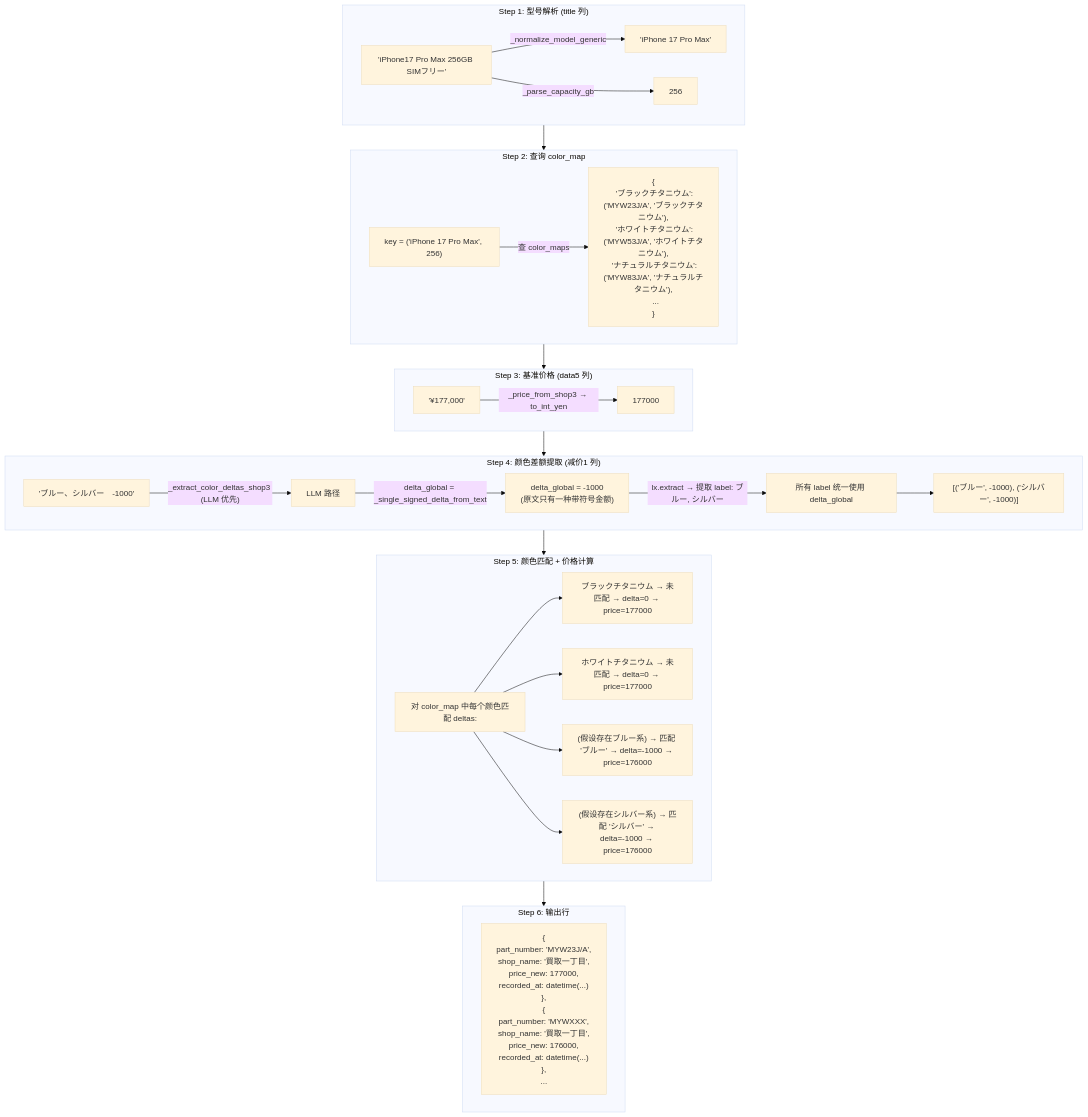
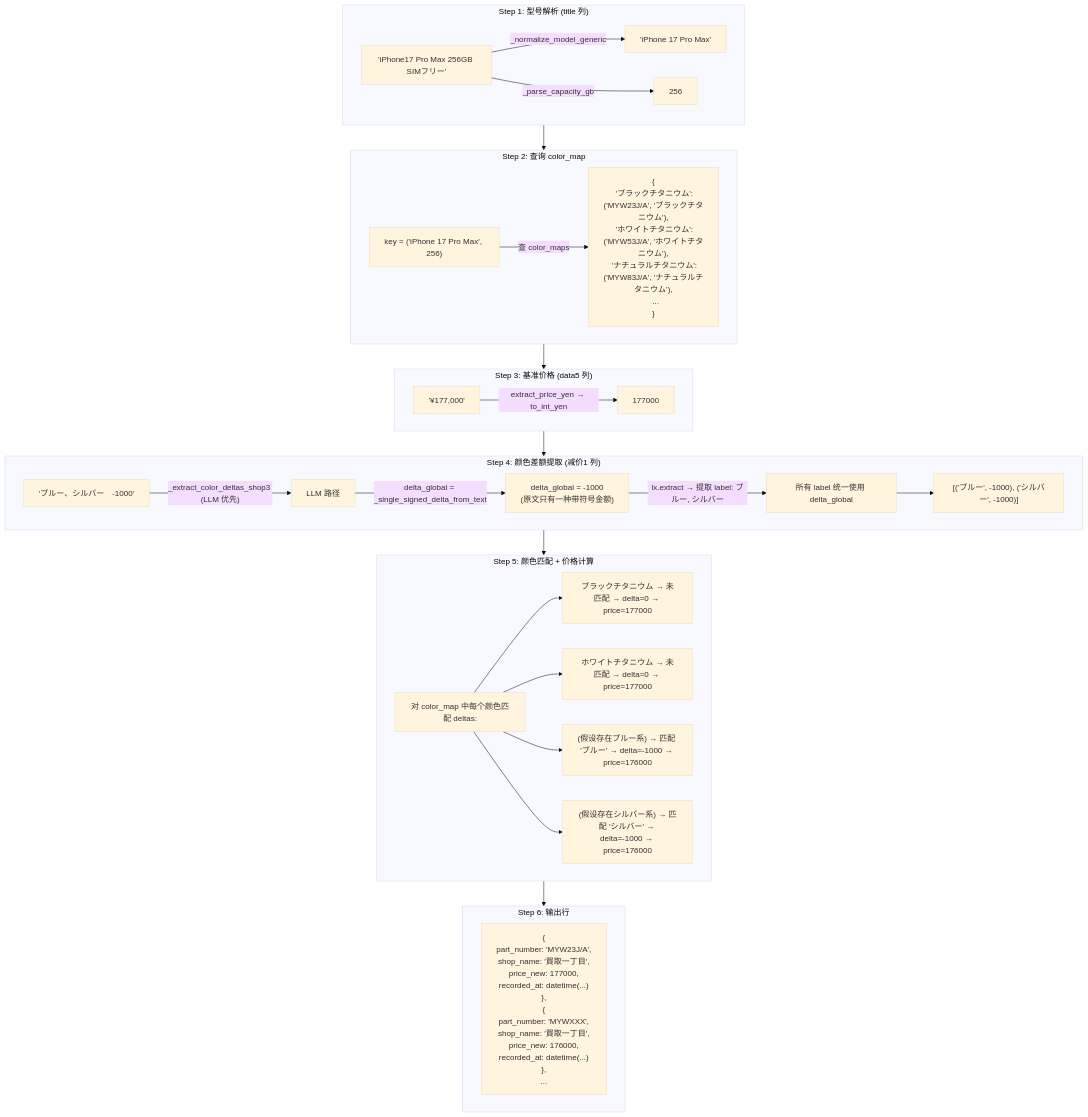
The eighth of 11 diagrams in doc_shop/shop3_cleaner.md (zhujiansamuel/YamagotiProjects), drawn with Mermaid (base theme) before and after one commit. The commit also changed other lines of this file and 44 other files, not shown here.

````diff
--- a/doc_shop/shop3_cleaner.md
+++ b/doc_shop/shop3_cleaner.md
@@ -286,44 +286,44 @@
 ```mermaid
 flowchart TD
     subgraph Step1["Step 1: 型号解析 (title 列)"]
         T1["'iPhone17 Pro Max 256GB SIMフリー'"]
         T1 -->|_normalize_model_generic| T2["'iPhone 17 Pro Max'"]
         T1 -->|_parse_capacity_gb| T3["256"]
     end
 
     subgraph Step2["Step 2: 查询 color_map"]
         T4["key = ('iPhone 17 Pro Max', 256)"]
         T4 -->|查 color_maps| T5["{\n  'ブラックチタニウム': ('MYW23J/A', 'ブラックチタニウム'),\n  'ホワイトチタニウム': ('MYW53J/A', 'ホワイトチタニウム'),\n  'ナチュラルチタニウム': ('MYW83J/A', 'ナチュラルチタニウム'),\n  ...\n}"]
     end
 
     subgraph Step3["Step 3: 基准价格 (data5 列)"]
         T6["'¥177,000'"]
-        T6 -->|"_price_from_shop3 → to_int_yen"| T7["177000"]
+        T6 -->|"extract_price_yen → to_int_yen"| T7["177000"]
     end
 
     subgraph Step4["Step 4: 颜色差额提取 (减价1 列)"]
         T8["'ブルー、シルバー　-1000'"]
         T8 -->|"_extract_color_deltas_shop3 (LLM 优先)"| T8a["LLM 路径"]
         T8a -->|"delta_global = _single_signed_delta_from_text"| T8b["delta_global = -1000\n(原文只有一种带符号金额)"]
         T8b -->|"lx.extract → 提取 label: ブルー, シルバー"| T8c["所有 label 统一使用 delta_global"]
         T8c --> T12["[('ブルー', -1000), ('シルバー', -1000)]"]
     end
 
     subgraph Step5["Step 5: 颜色匹配 + 价格计算"]
         T13["对 color_map 中每个颜色匹配 deltas:"]
         T13 --> T14["ブラックチタニウム → 未匹配 → delta=0 → price=177000"]
         T13 --> T15["ホワイトチタニウム → 未匹配 → delta=0 → price=177000"]
         T13 --> T16["(假设存在ブルー系) → 匹配 'ブルー' → delta=-1000 → price=176000"]
         T13 --> T17["(假设存在シルバー系) → 匹配 'シルバー' → delta=-1000 → price=176000"]
     end
 
     subgraph Step6["Step 6: 输出行"]
         T18["{\n  part_number: 'MYW23J/A',\n  shop_name: '買取一丁目',\n  price_new: 177000,\n  recorded_at: datetime(...)\n},\n{\n  part_number: 'MYWXXX',\n  shop_name: '買取一丁目',\n  price_new: 176000,\n  recorded_at: datetime(...)\n},\n..."]
     end
 
     Step1 --> Step2
     Step2 --> Step3
     Step3 --> Step4
     Step4 --> Step5
     Step5 --> Step6
 ```
````
